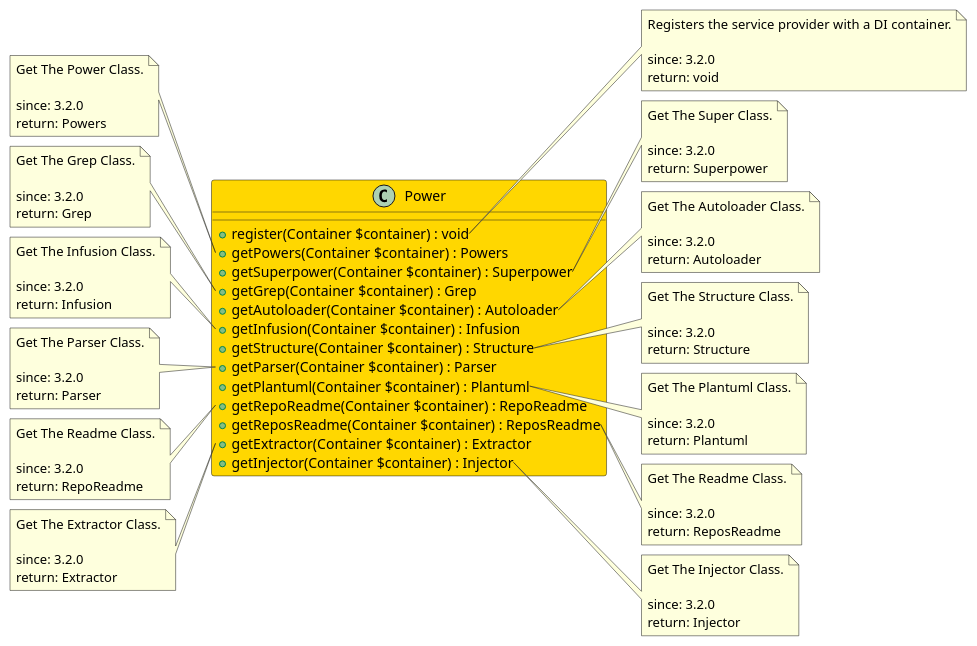
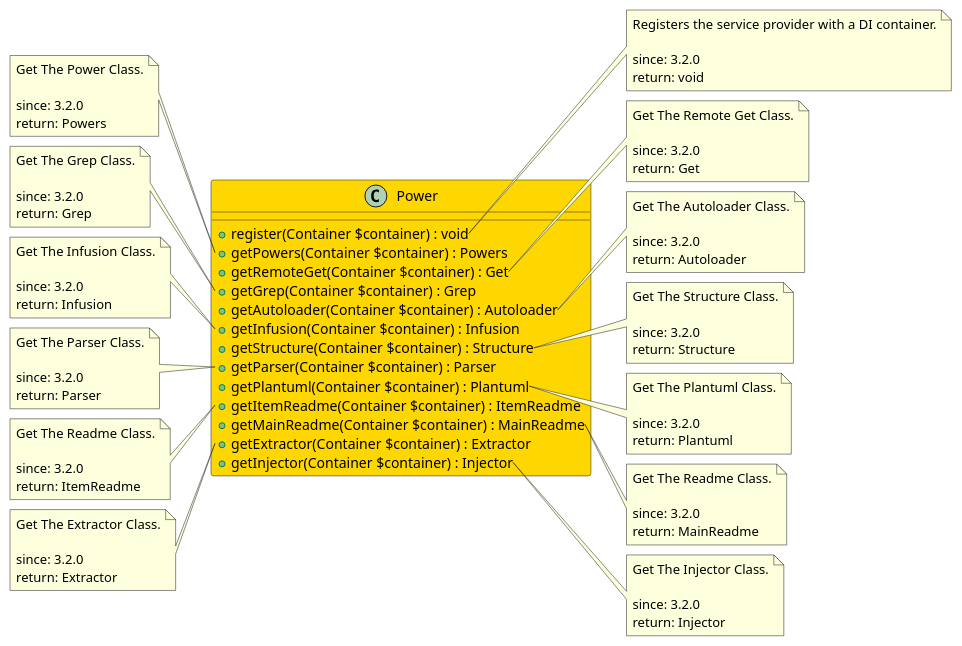
Before and after one commit to joomengine/jcb-compiler: the diagram in src/de01527a-6586-46ea-92e7-11ea3de1cedb/README.md, drawn with PlantUML. The commit also changed other lines of this file and 846 other files, not shown here.

```diff
--- a/src/de01527a-6586-46ea-92e7-11ea3de1cedb/README.md
+++ b/src/de01527a-6586-46ea-92e7-11ea3de1cedb/README.md
@@ -14,15 +14,15 @@
 class Power  #Gold {
   + register(Container $container) : void
   + getPowers(Container $container) : Powers
-  + getSuperpower(Container $container) : Superpower
+  + getRemoteGet(Container $container) : Get
   + getGrep(Container $container) : Grep
   + getAutoloader(Container $container) : Autoloader
   + getInfusion(Container $container) : Infusion
   + getStructure(Container $container) : Structure
   + getParser(Container $container) : Parser
   + getPlantuml(Container $container) : Plantuml
-  + getRepoReadme(Container $container) : RepoReadme
-  + getReposReadme(Container $container) : ReposReadme
+  + getItemReadme(Container $container) : ItemReadme
+  + getMainReadme(Container $container) : MainReadme
   + getExtractor(Container $container) : Extractor
   + getInjector(Container $container) : Injector
 }
@@ -41,11 +41,11 @@
   return: Powers
 end note
 
-note right of Power::getSuperpower
-  Get The Super Class.
+note right of Power::getRemoteGet
+  Get The Remote Get Class.
 
   since: 3.2.0
-  return: Superpower
+  return: Get
 end note
 
 note left of Power::getGrep
@@ -90,18 +90,18 @@
   return: Plantuml
 end note
 
-note left of Power::getRepoReadme
+note left of Power::getItemReadme
   Get The Readme Class.
 
   since: 3.2.0
-  return: RepoReadme
+  return: ItemReadme
 end note
 
-note right of Power::getReposReadme
+note right of Power::getMainReadme
   Get The Readme Class.
 
   since: 3.2.0
-  return: ReposReadme
+  return: MainReadme
 end note
 
 note left of Power::getExtractor
```
